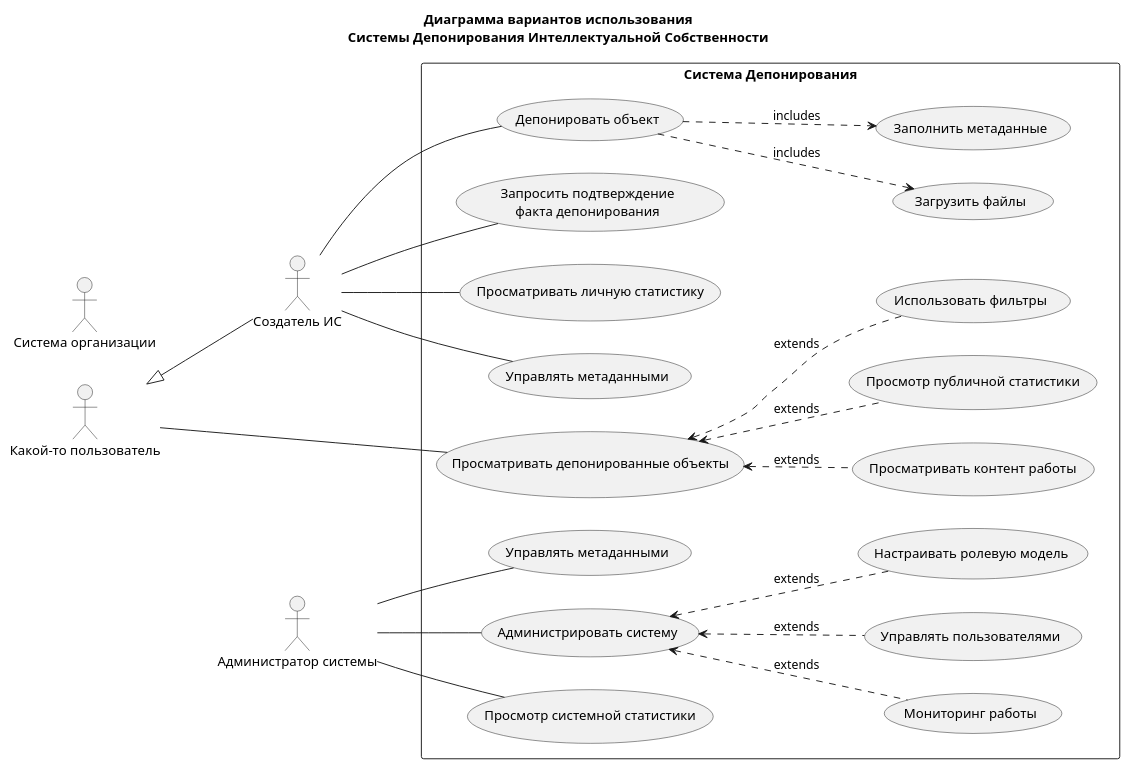
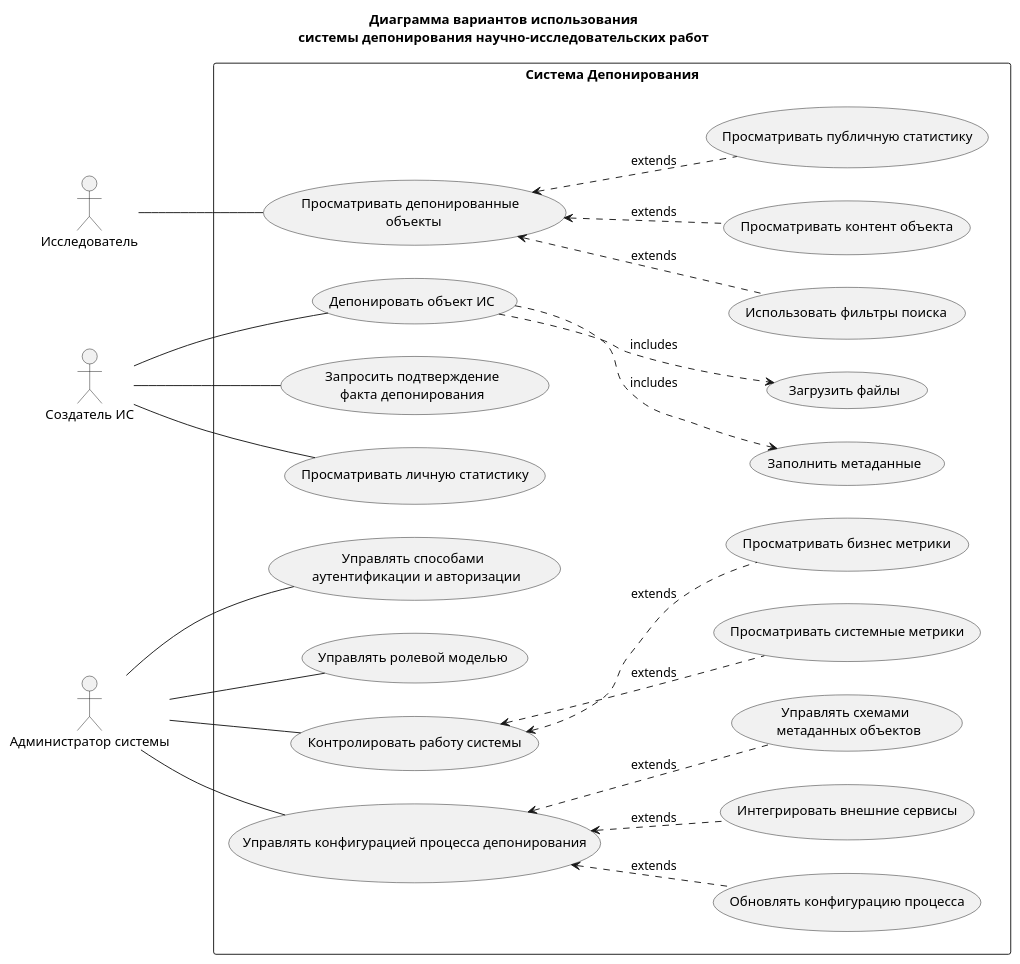
The diagram in usecase.plantuml (laym0n/diplom-diagrams), drawn with PlantUML before and after one commit.

Commit message:
use case

```diff
--- a/usecase.plantuml
+++ b/usecase.plantuml
@@ -1,68 +1,72 @@
 @startuml
 
 left to right direction
 
-title Диаграмма вариантов использования\nСистемы Депонирования Интеллектуальной Собственности
+title Диаграмма вариантов использования\nсистемы депонирования научно-исследовательских работ
 
-actor "Какой-то пользователь" as SomeUser
+actor "Исследователь" as Researcher
 actor "Создатель ИС" as Creator
 actor "Администратор системы" as OrgAdmin
-actor "Система организации" as ExternalServices
 
 rectangle "Система Депонирования" {
-    (Депонировать объект) as UC1
-    (Управлять метаданными) as UC2
-    (Просматривать депонированные объекты) as UC3
-    (Запросить подтверждение\nфакта депонирования) as UC4
-    (Администрировать систему) as UC7
 
+    (Депонировать объект ИС) as UC_DepositObject
+    (Просматривать депонированные \n объекты) as UC_ViewDepositedObjects
+    (Запросить подтверждение\nфакта депонирования) as UC_RequestDepositConfirmation
 
     together {
-        (Загрузить файлы) as UC8
-        (Заполнить метаданные) as UC10
+        (Загрузить файлы) as UC_UploadFiles
+        (Заполнить метаданные) as UC_FillMetadata
     }
 
-    UC1 ..> UC8 : includes
-    UC1 ..> UC10 : includes
+    UC_DepositObject ..> UC_UploadFiles : includes
+    UC_DepositObject ..> UC_FillMetadata : includes
+
+    (Управлять способами \n аутентификации и авторизации) as UC_ManageAuthMethods
+    (Управлять ролевой моделью) as UC_ManageRoles
+    (Контролировать работу системы) as UC_MonitorSystem
 
     together {
-        (Управлять пользователями) as UC11
-        (Настраивать ролевую модель) as UC12
-        (Мониторинг работы) as UC13
+        (Просматривать публичную статистику) as UC_ViewPublicStatistics
+        (Использовать фильтры поиска) as UC_UseSearchFilters
+        (Просматривать контент объекта) as UC_ViewObjectContent
     }
 
-    UC7 <.. UC11 : extends
-    UC7 <.. UC12 : extends
-    UC7 <.. UC13 : extends
+    UC_ViewDepositedObjects <.. UC_UseSearchFilters : extends
+    UC_ViewDepositedObjects <.. UC_ViewObjectContent : extends
+    UC_ViewDepositedObjects <.. UC_ViewPublicStatistics : extends
 
+    (Просматривать личную статистику) as UC_ViewPersonalStatistics
 
     together {
-        (Просмотр публичной статистики) as UC16
-        (Использовать фильтры) as UC14
-        (Просматривать контент работы) as UC15
+        (Просматривать системные метрики) as UC_ViewSystemMetrics
+        (Просматривать бизнес метрики) as UC_ViewBusinessMetrics
     }
-    UC3 <.. UC14 : extends
-    UC3 <.. UC15 : extends
-    UC3 <.. UC16 : extends
 
-    (Просмотр системной статистики) as UC18
+    UC_MonitorSystem <.. UC_ViewSystemMetrics : extends
+    UC_MonitorSystem <.. UC_ViewBusinessMetrics : extends
 
-    (Просматривать личную статистику) as UC17
-    (Управлять метаданными) as UC21
     together {
+        (Управлять схемами \n метаданных объектов) as UC_ManageMetadataSchemas
+        (Обновлять конфигурацию процесса) as UC_UpdateProcessConfiguration
+        (Интегрировать внешние сервисы) as UC_IntegrateExternalServices
     }
+    (Управлять конфигурацией процесса депонирования) as UC_ManageDepositionProcess
+    
+    UC_ManageDepositionProcess <.. UC_ManageMetadataSchemas : extends
+    UC_ManageDepositionProcess <.. UC_UpdateProcessConfiguration : extends
+    UC_ManageDepositionProcess <.. UC_IntegrateExternalServices : extends
 }
 
-SomeUser -- UC3
-SomeUser <|-- Creator
+Researcher -- UC_ViewDepositedObjects
 
-Creator -- UC1
-Creator -- UC4
-Creator -- UC17
-Creator -- UC21
+Creator -- UC_DepositObject
+Creator -- UC_RequestDepositConfirmation
+Creator -- UC_ViewPersonalStatistics
 
-OrgAdmin -- UC2
-OrgAdmin -- UC7
-OrgAdmin -- UC18
+OrgAdmin -- UC_ManageAuthMethods
+OrgAdmin -- UC_ManageRoles
+OrgAdmin -- UC_MonitorSystem
+OrgAdmin -- UC_ManageDepositionProcess
 
 @enduml
```
